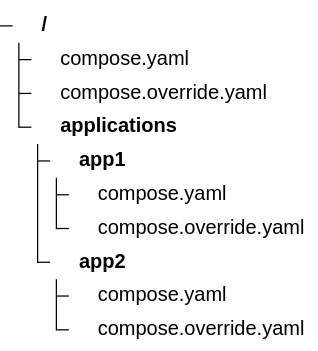
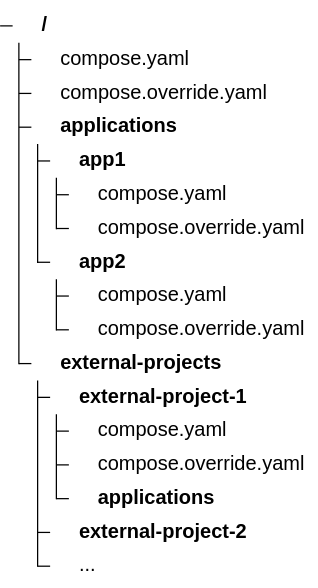
The first of 6 diagrams in README.md (matrumz/mathewrumsey.dev), drawn with Mermaid before and after one commit. The commit also changed other lines of this file, not shown here.

````diff
--- a/README.md
+++ b/README.md
@@ -202,21 +205,28 @@
 ```mermaid
 ---
 config:
   treeView:
     showIcons: true
     defaultIconPack: material-icon-theme
     filenameIcons:
       compose.yaml: docker
       compose.override.yaml: docker
 ---
 treeView-beta
 "compose.yaml"
 "compose.override.yaml"
 "applications/"
   "app1/"
     "compose.yaml"
     "compose.override.yaml"
   "app2/"
     "compose.yaml"
     "compose.override.yaml"
+"external-projects/"
+  "external-project-1/"
+    "compose.yaml"
+    "compose.override.yaml"
+    "applications/"
+  "external-project-2/"
+  "..."
 ```
````
